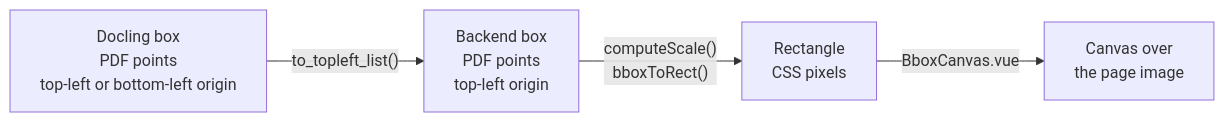
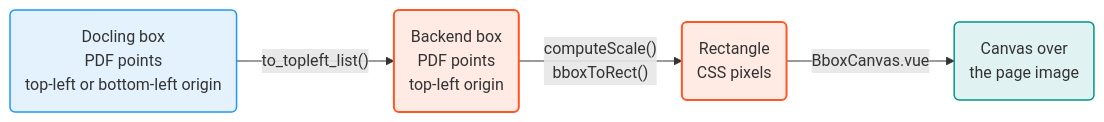
One commit to scub-france/SmolDocling-visualizer changed the diagram in docs/bbox-pipeline.md. Above: the diagram before and after it, drawn with Mermaid. The commit also changed 10 other files, not shown here.

First line of the commit message:
docs: restyle the Mermaid diagrams (#340)

````diff
--- a/docs/bbox-pipeline.md
+++ b/docs/bbox-pipeline.md
@@ -5,6 +5,13 @@
 ```mermaid
 flowchart LR
-    A["Docling box<br/>PDF points<br/>top-left or bottom-left origin"] -->|"to_topleft_list()"| B["Backend box<br/>PDF points<br/>top-left origin"]
-    B -->|"computeScale()<br/>bboxToRect()"| C["Rectangle<br/>CSS pixels"]
-    C -->|"BboxCanvas.vue"| D["Canvas over<br/>the page image"]
+    A("Docling box<br/>PDF points<br/>top-left or bottom-left origin") -->|"to_topleft_list()"| B("Backend box<br/>PDF points<br/>top-left origin")
+    B -->|"computeScale()<br/>bboxToRect()"| C("Rectangle<br/>CSS pixels")
+    C -->|"BboxCanvas.vue"| D("Canvas over<br/>the page image")
+
+    classDef blue fill:#2196F31F,stroke:#2196F3,stroke-width:1.5px
+    classDef orange fill:#FF57221F,stroke:#FF5722,stroke-width:2px
+    classDef teal fill:#0096881F,stroke:#009688,stroke-width:1.5px
+    class A blue
+    class B,C orange
+    class D teal
 ```
````
